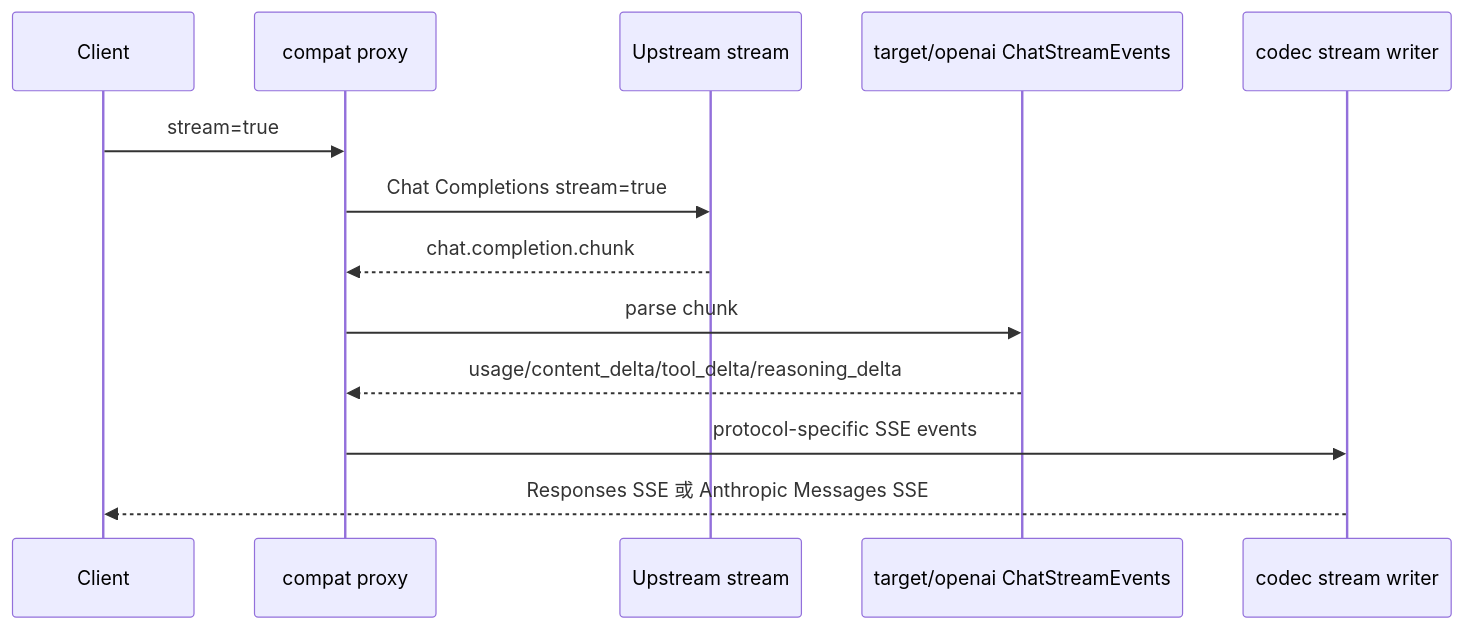
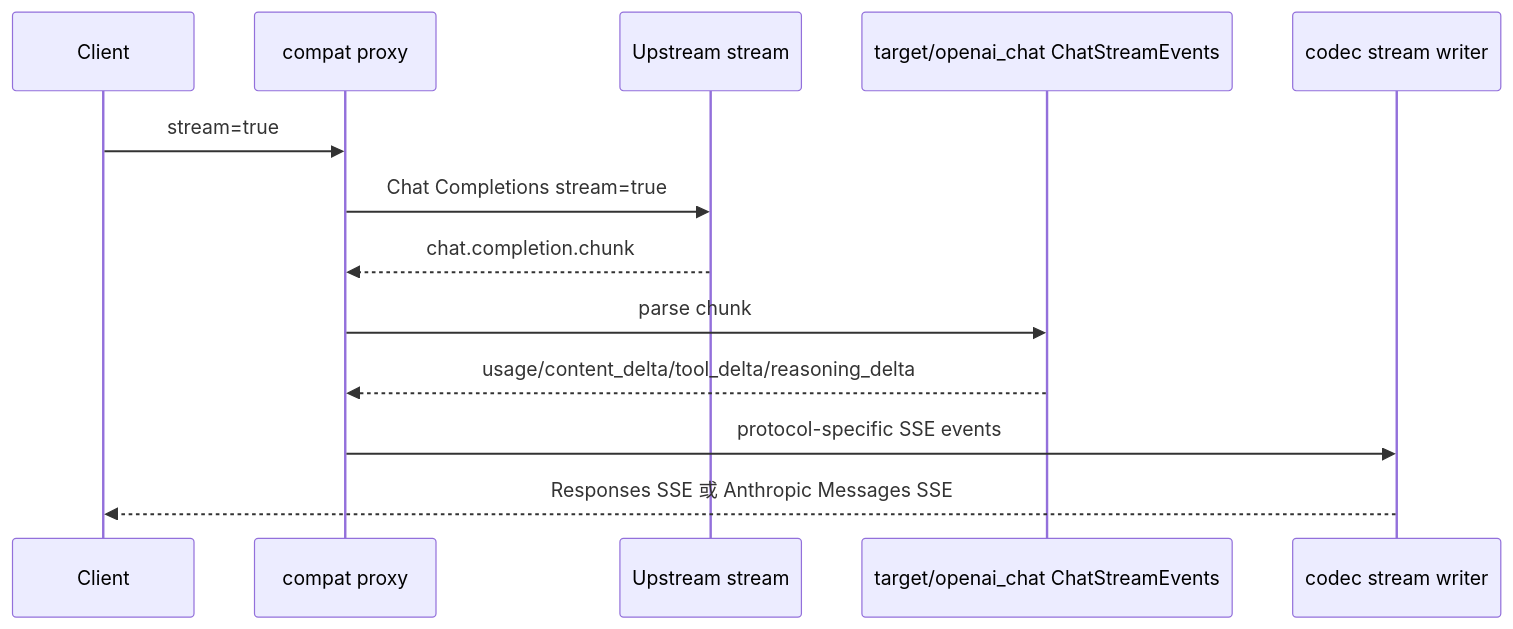
The fourth of 7 diagrams in docs/internal-architecture.md (zhangsanfeng1094/spark), drawn with Mermaid before and after one commit. The commit also changed other lines of this file and 92 other files, not shown here.

````diff
--- a/docs/internal-architecture.md
+++ b/docs/internal-architecture.md
@@ -120,16 +127,16 @@
 ```mermaid
 sequenceDiagram
     participant C as Client
     participant P as compat proxy
     participant U as Upstream stream
-    participant S as target/openai ChatStreamEvents
+    participant S as target/openai_chat ChatStreamEvents
     participant W as codec stream writer
 
     C->>P: stream=true
     P->>U: Chat Completions stream=true
     U-->>P: chat.completion.chunk
     P->>S: parse chunk
     S-->>P: usage/content_delta/tool_delta/reasoning_delta
     P->>W: protocol-specific SSE events
     W-->>C: Responses SSE 或 Anthropic Messages SSE
 ```
````
